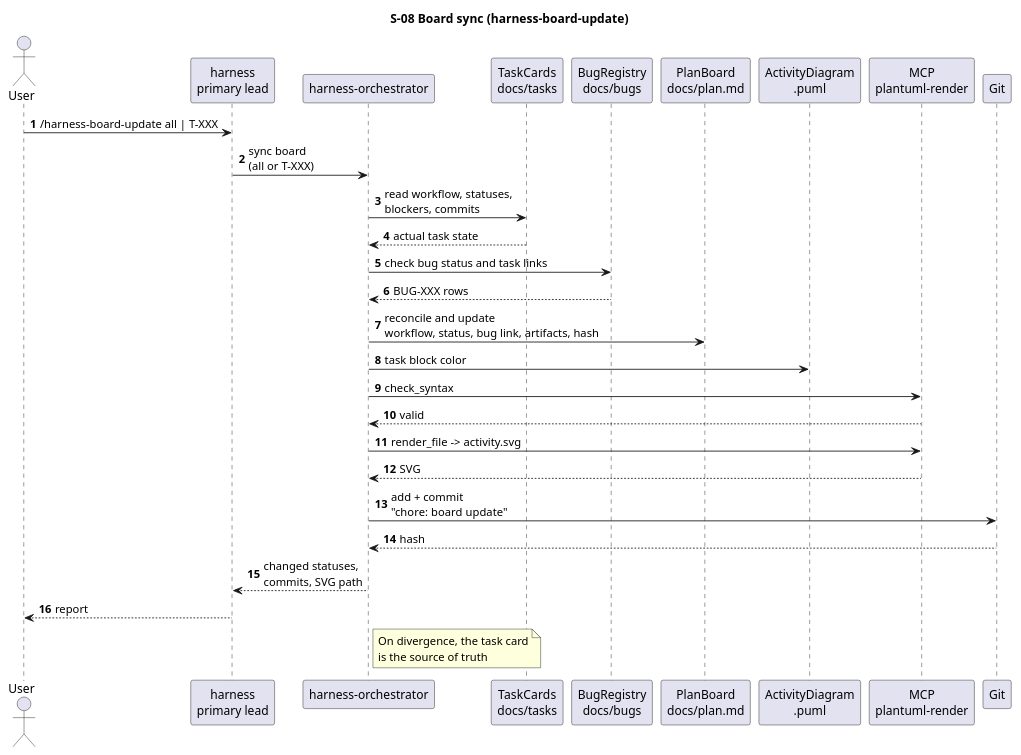
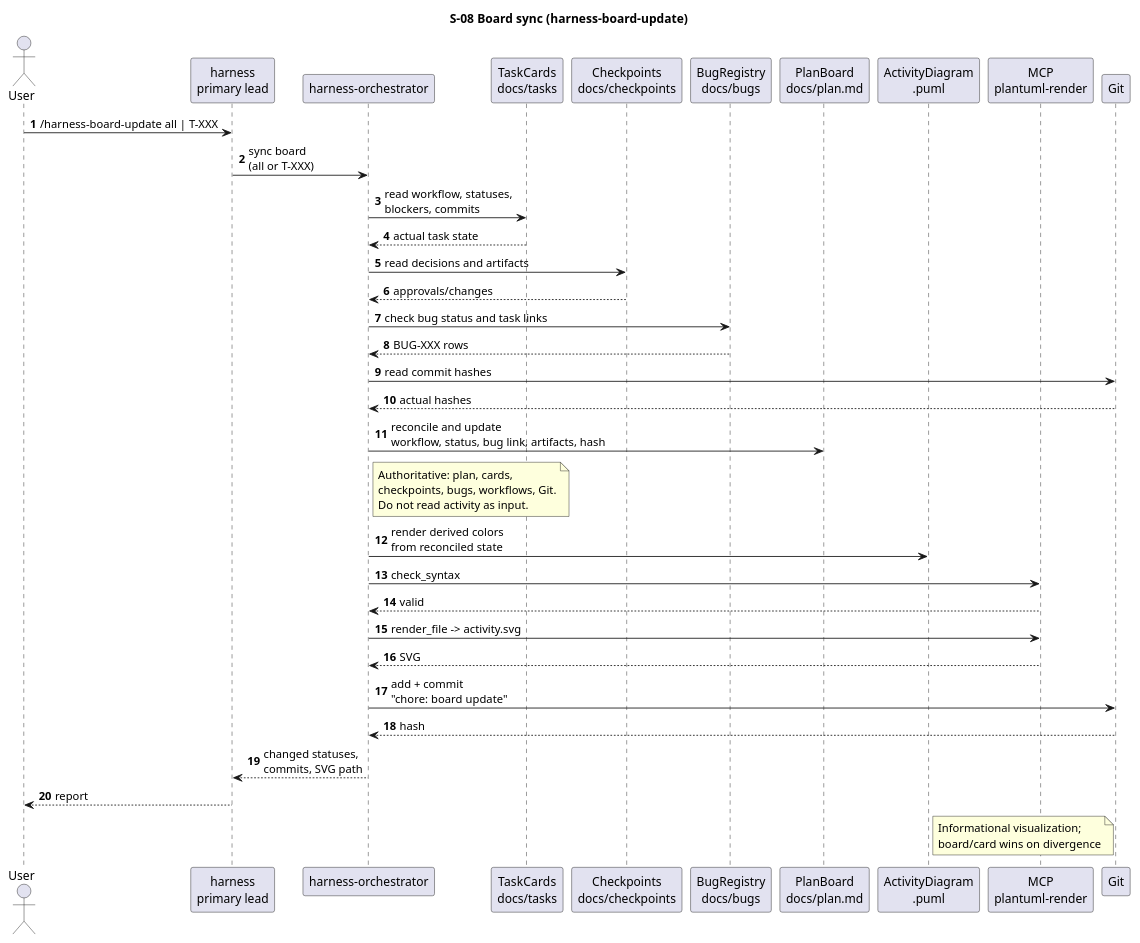
One commit to serge-sasov/harness changed the diagram in docs/description/diagrams/seq-08-harness-board-update.puml. Above: the diagram before and after it, drawn with PlantUML. The commit also changed 39 other files, not shown here.

Commit message:
feat: harness 2.4.0 per-scenario UX HTML pages and derived activity

```diff
--- a/docs/description/diagrams/seq-08-harness-board-update.puml
+++ b/docs/description/diagrams/seq-08-harness-board-update.puml
@@ -1,36 +1,46 @@
 @startuml
 autonumber
 skinparam defaultFontName Segoe UI
 title S-08 Board sync (harness-board-update)
 
 actor "User" as user
 participant "harness\nprimary lead" as lead
 participant "harness-orchestrator" as orch
 participant "TaskCards\ndocs/tasks" as cards
+participant "Checkpoints\ndocs/checkpoints" as checkpoints
 participant "BugRegistry\ndocs/bugs" as bugs
 participant "PlanBoard\ndocs/plan.md" as board
 participant "ActivityDiagram\n.puml" as activity
 participant "MCP\nplantuml-render" as mcp
 participant "Git" as git
 
 user -> lead : /harness-board-update all | T-XXX
 lead -> orch : sync board\n(all or T-XXX)
 orch -> cards : read workflow, statuses,\nblockers, commits
 cards --> orch : actual task state
+orch -> checkpoints : read decisions and artifacts
+checkpoints --> orch : approvals/changes
 orch -> bugs : check bug status and task links
 bugs --> orch : BUG-XXX rows
+orch -> git : read commit hashes
+git --> orch : actual hashes
 orch -> board : reconcile and update\nworkflow, status, bug link, artifacts, hash
-orch -> activity : task block color
+note right of orch
+  Authoritative: plan, cards,
+  checkpoints, bugs, workflows, Git.
+  Do not read activity as input.
+end note
+orch -> activity : render derived colors\nfrom reconciled state
 orch -> mcp : check_syntax
 mcp --> orch : valid
 orch -> mcp : render_file -> activity.svg
 mcp --> orch : SVG
 orch -> git : add + commit\n"chore: board update"
 git --> orch : hash
 orch --> lead : changed statuses,\ncommits, SVG path
 lead --> user : report
-note right of orch
-  On divergence, the task card
-  is the source of truth
+note right of activity
+  Informational visualization;
+  board/card wins on divergence
 end note
 @enduml
```
